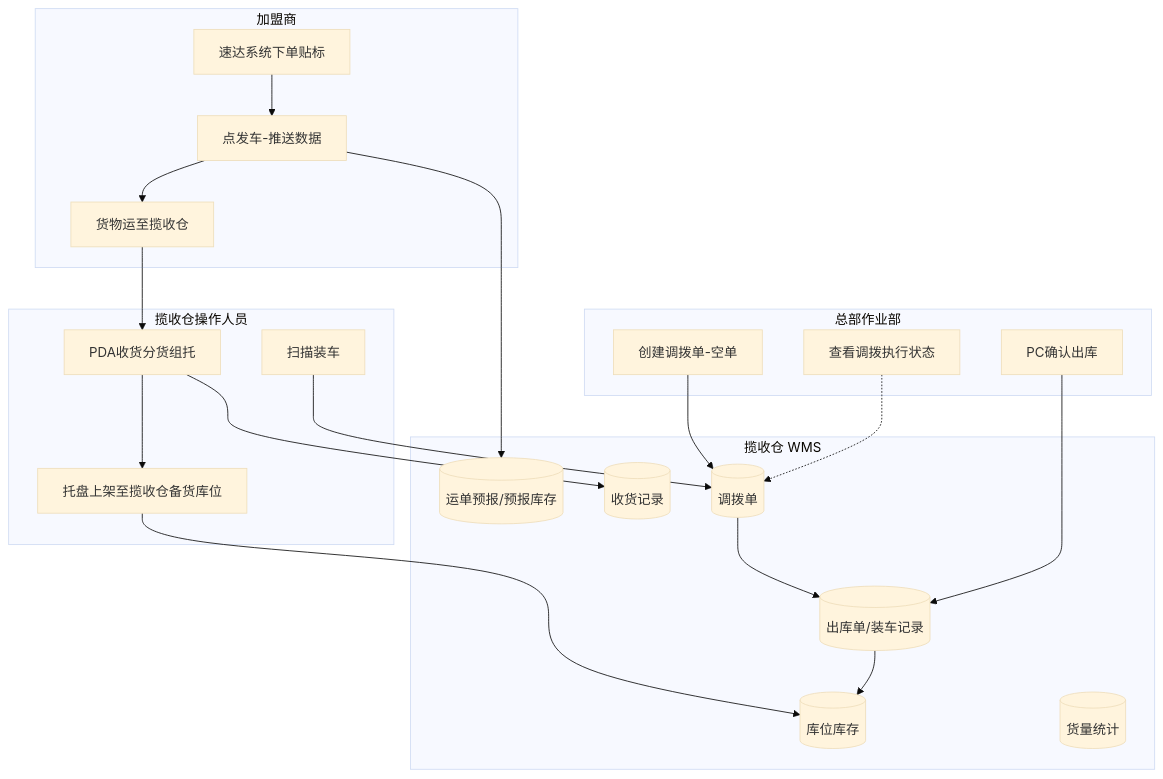
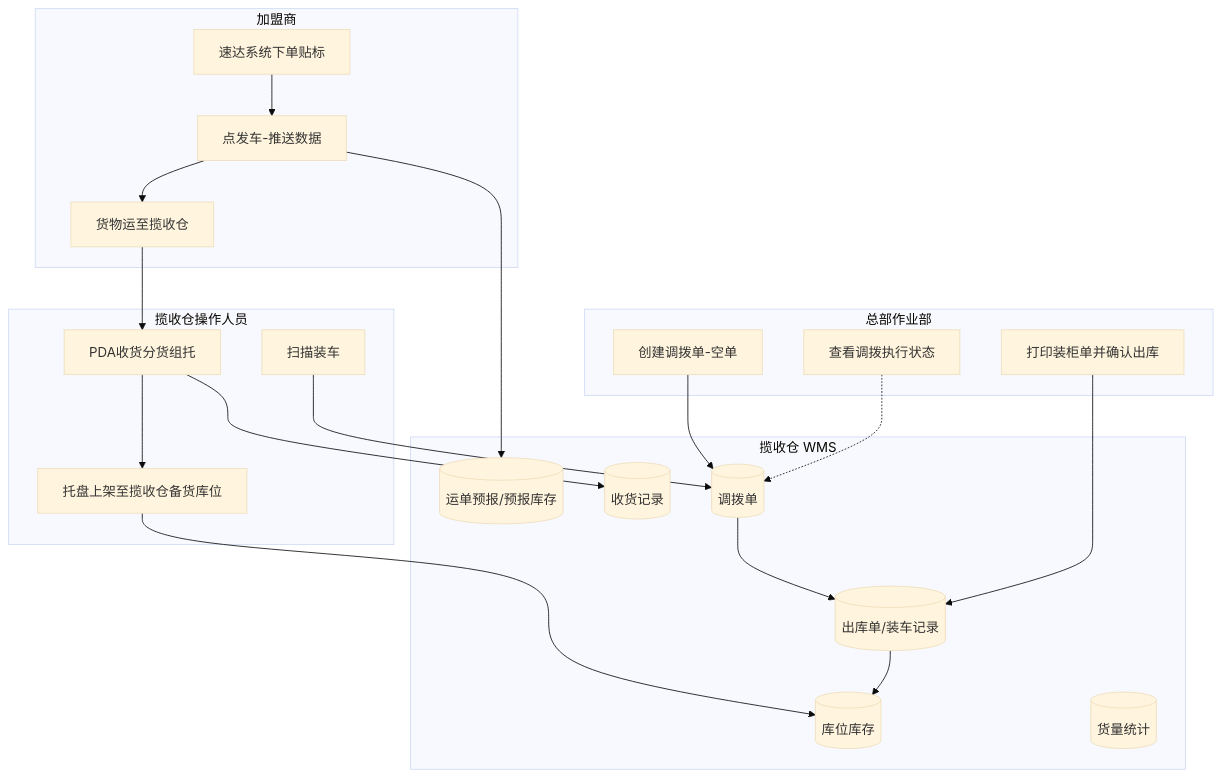
One commit to Tiana-1720/wms-inbound-demo changed the diagram in context/01-业务背景与介绍.md. Above: the diagram before and after it, drawn with Mermaid (base theme). The commit also changed other lines of this file and 50 other files, not shown here.

First line of the commit message:
Add outbound list and link-waybill flow with prototype annotations.

````diff
--- a/context/01-业务背景与介绍.md
+++ b/context/01-业务背景与介绍.md
@@ -125,37 +130,37 @@
 ```mermaid
 flowchart TD
     subgraph 加盟商["加盟商"]
         A1[速达系统下单贴标]
         A2[点发车-推送数据]
         A3[货物运至揽收仓]
     end
 
     subgraph 揽收仓["揽收仓操作人员"]
         B1[PDA收货分货组托]
         B2[托盘上架至揽收仓备货库位]
         B3[扫描装车]
     end
 
     subgraph 总部["总部作业部"]
         C1[创建调拨单-空单]
-        C2[PC确认出库]
+        C2[打印装柜单并确认出库]
         C3[查看调拨执行状态]
     end
 
     subgraph WMS["揽收仓 WMS"]
         S1[(运单预报/预报库存)]
         S2[(收货记录)]
         S3[(库位库存)]
         S4[(调拨单)]
         S5[(出库单/装车记录)]
         S6[(货量统计)]
     end
 
     A1 --> A2 --> S1
     A2 --> A3 --> B1 --> S2
     B1 --> B2 --> S3
     C1 --> S4
     B3 --> S4 --> S5
     C2 --> S5 --> S3
     C3 -.-> S4
 ```
````
